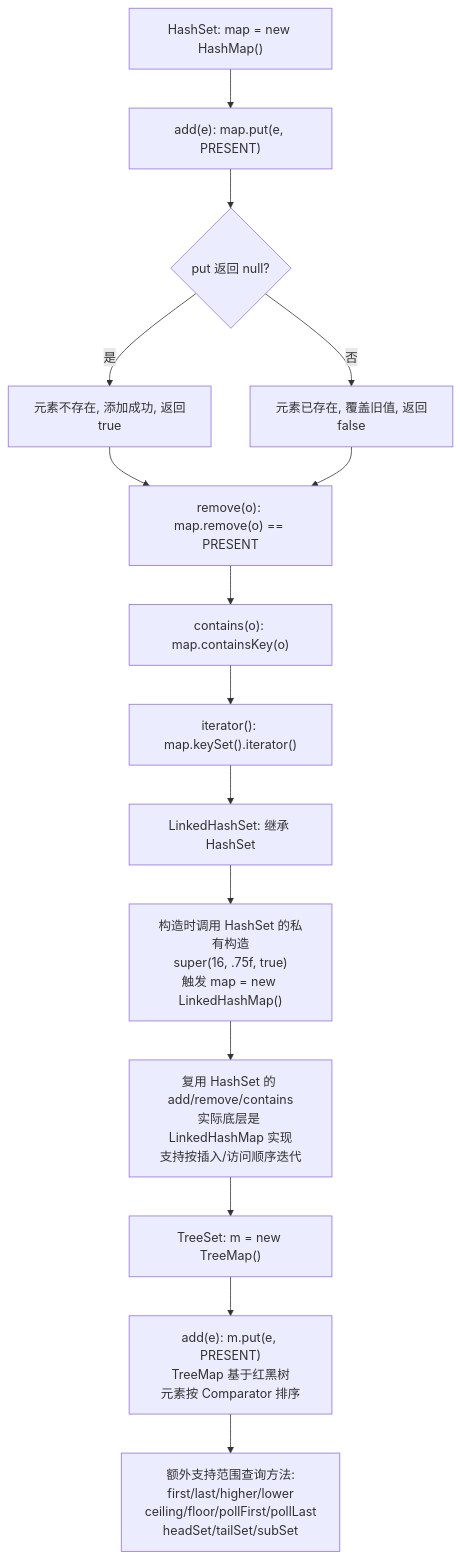
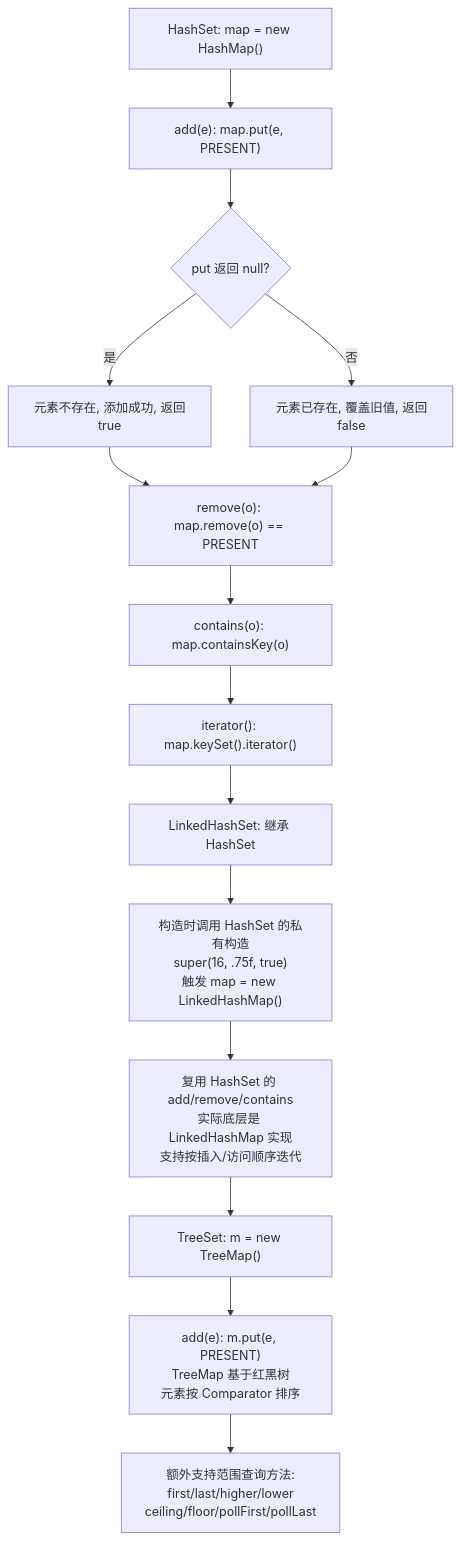
Before and after one commit to hhzh/hhzh.github.io: the second of 2 diagrams in src/list/Set.md, drawn with Mermaid. The commit also changed other lines of this file and 38 other files, not shown here.

````diff
--- a/src/list/Set.md
+++ b/src/list/Set.md
@@ -27,17 +83,17 @@
 ```mermaid
 flowchart TD
     Start["HashSet: map = new HashMap()"] --> Add["add(e): map.put(e, PRESENT)"]
     Add --> PutResult{"put 返回 null?"}
     PutResult -->|是| AddSuccess["元素不存在, 添加成功, 返回true"]
     PutResult -->|否| AddFail["元素已存在, 覆盖旧值, 返回false"]
     AddSuccess --> Remove["remove(o): map.remove(o) == PRESENT"]
     AddFail --> Remove
     Remove --> Contains["contains(o): map.containsKey(o)"]
     Contains --> Iterate["iterator(): map.keySet().iterator()"]
     Iterate --> LHSStart["LinkedHashSet: 继承 HashSet"]
     LHSStart --> LHSPattern["构造时调用 HashSet 的私有构造\nsuper(16, .75f, true)\n触发 map = new LinkedHashMap()"]
     LHSPattern --> LHSBehavior["复用 HashSet 的 add/remove/contains\n实际底层是 LinkedHashMap 实现\n支持按插入/访问顺序迭代"]
     LHSBehavior --> TSStart["TreeSet: m = new TreeMap()"]
     TSStart --> TSAdd["add(e): m.put(e, PRESENT)\nTreeMap 基于红黑树\n元素按 Comparator 排序"]
-    TSAdd --> TSQuery["额外支持范围查询方法:\nfirst/last/higher/lower\nceiling/floor/pollFirst/pollLast\nheadSet/tailSet/subSet"]
+    TSAdd --> TSQuery["额外支持范围查询方法:\nfirst/last/higher/lower\nceiling/floor/pollFirst/pollLast"]
 ```
````
